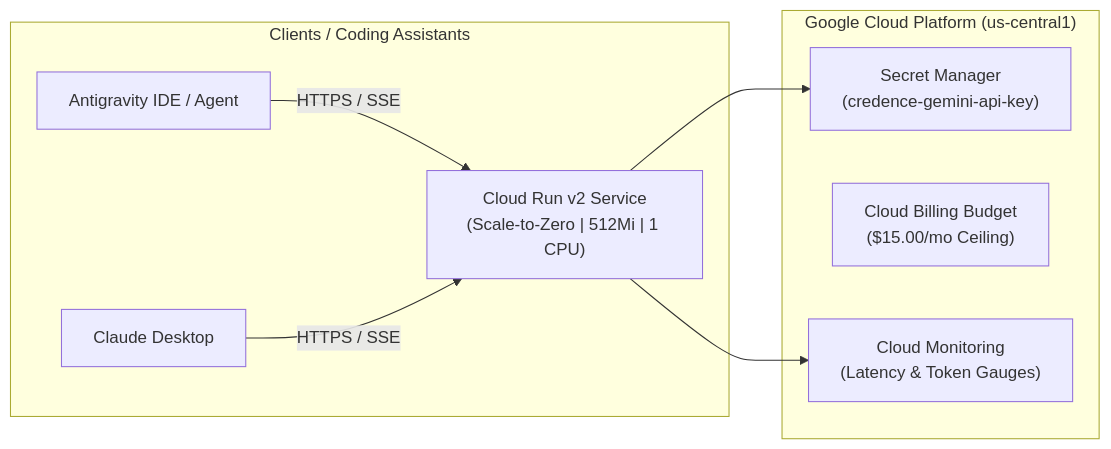
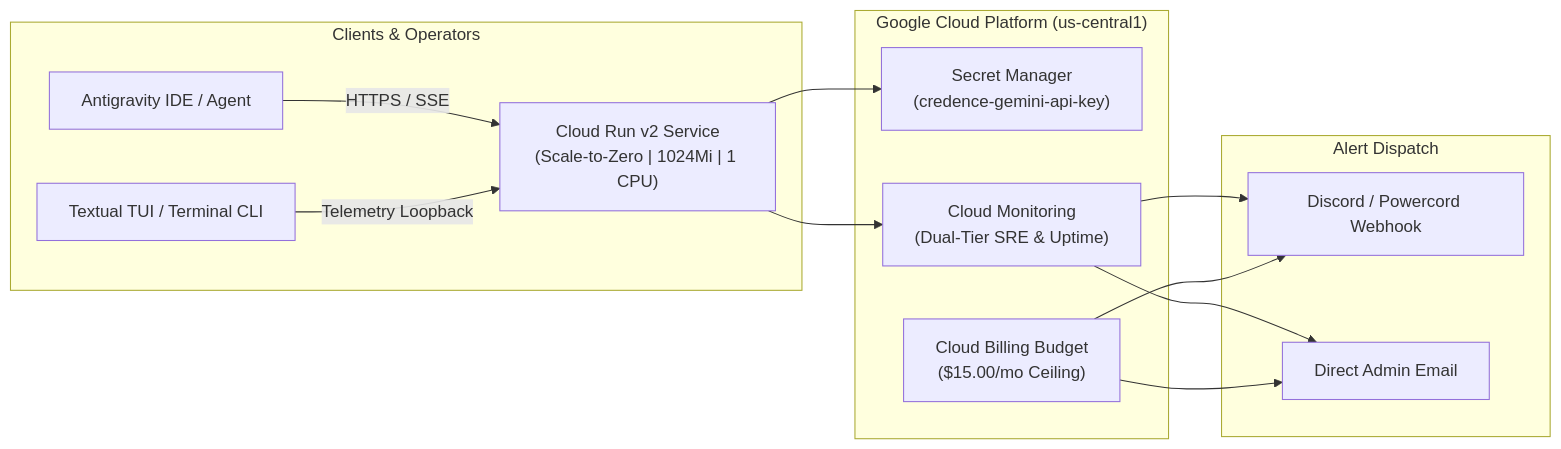
The diagram in docs/deployment-cloudrun.md (artibyrd/credence-docs), drawn with Mermaid before and after one commit. The commit also changed other lines of this file and 7 other files, not shown here.

Commit message:
feat(docs): release v1.10.0 - dual-tier cloud monitoring, discord webhooks & interface telemetry loopback

````diff
--- a/docs/deployment-cloudrun.md
+++ b/docs/deployment-cloudrun.md
@@ -14,16 +14,25 @@
 ```mermaid
 graph LR
-    subgraph Client ["Clients / Coding Assistants"]
+    subgraph Client ["Clients & Operators"]
         Antigravity[Antigravity IDE / Agent] -->|HTTPS / SSE| CloudRun
-        Claude[Claude Desktop] -->|HTTPS / SSE| CloudRun
+        TUI[Textual TUI / Terminal CLI] -->|Telemetry Loopback| CloudRun
     end
 
     subgraph GCP ["Google Cloud Platform (us-central1)"]
-        CloudRun["Cloud Run v2 Service<br/>(Scale-to-Zero | 512Mi | 1 CPU)"]
+        CloudRun["Cloud Run v2 Service<br/>(Scale-to-Zero | 1024Mi | 1 CPU)"]
         SM["Secret Manager<br/>(credence-gemini-api-key)"]
         Budget["Cloud Billing Budget<br/>($15.00/mo Ceiling)"]
-        Monitoring["Cloud Monitoring<br/>(Latency & Token Gauges)"]
+        Monitoring["Cloud Monitoring<br/>(Dual-Tier SRE & Uptime)"]
         CloudRun --> SM
         CloudRun --> Monitoring
     end
+
+    subgraph Egress ["Alert Dispatch"]
+        Discord["Discord / Powercord Webhook"]
+        Email["Direct Admin Email"]
+        Monitoring --> Discord
+        Monitoring --> Email
+        Budget --> Discord
+        Budget --> Email
+    end
 ```
````
